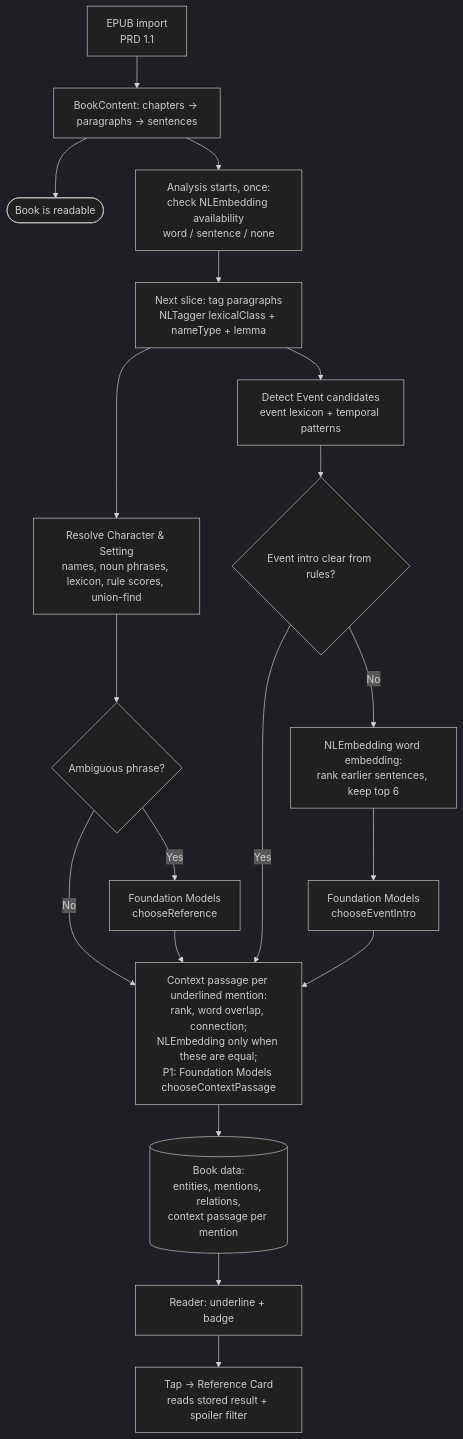
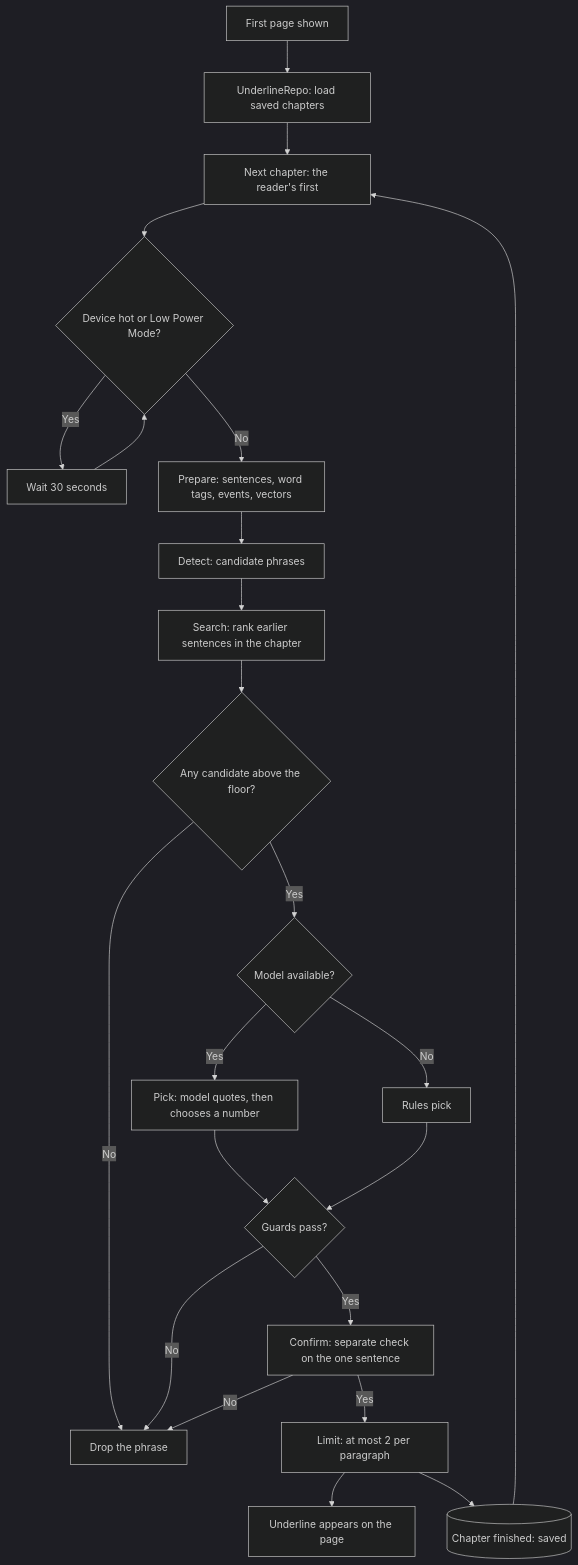
The second of 2 diagrams in 2.1-Reference-Passage-EN.md (AftrHours/PRD), drawn with Mermaid (dark theme) before and after one commit. The commit also changed other lines of this file and 6 other files, not shown here.

First line of the commit message:
Update PRD 0.0 to 2.1 to match the Underline-Engine app

````diff
--- a/2.1-Reference-Passage-EN.md
+++ b/2.1-Reference-Passage-EN.md
@@ -243,21 +229,24 @@
 ```mermaid
 flowchart TD
-  A[EPUB import<br/>PRD 1.1] --> B[BookContent: chapters → paragraphs → sentences]
-  B --> R([Book is readable])
-  B --> Z[Analysis starts, once:<br/>check NLEmbedding availability<br/>word / sentence / none]
-  Z --> C[Next slice: tag paragraphs<br/>NLTagger lexicalClass + nameType + lemma]
-  C --> D[Resolve Character & Setting<br/>names, noun phrases, lexicon, rule scores, union-find]
-  C --> EV[Detect Event candidates<br/>event lexicon + temporal patterns]
-  D --> X{Ambiguous phrase?}
-  EV --> Y{Event intro clear from rules?}
-  X -- No --> K
-  Y -- Yes --> K
-  X -- Yes --> G[Foundation Models<br/>chooseReference]
-  Y -- No --> EM[NLEmbedding word embedding:<br/>rank earlier sentences, keep top 6]
-  EM --> H[Foundation Models<br/>chooseEventIntro]
-  G --> K
-  H --> K
-  K[Context passage per underlined mention:<br/>rank, word overlap, connection;<br/>NLEmbedding only when these are equal;<br/>P1: Foundation Models chooseContextPassage] --> F[(Book data:<br/>entities, mentions, relations,<br/>context passage per mention)]
-  F --> I[Reader: underline + badge]
-  I --> J[Tap → Reference Card<br/>reads stored result + spoiler filter]
+  A[First page shown] --> B[UnderlineRepo: load saved chapters]
+  B --> C[Next chapter: the reader's first]
+  C --> T{Device hot or Low Power Mode?}
+  T -- Yes --> W[Wait 30 seconds] --> T
+  T -- No --> P[Prepare: sentences, word tags, events, vectors]
+  P --> D[Detect: candidate phrases]
+  D --> S[Search: rank earlier sentences in the chapter]
+  S --> H{Any candidate above the floor?}
+  H -- No --> X[Drop the phrase]
+  H -- Yes --> M{Model available?}
+  M -- Yes --> K[Pick: model quotes, then chooses a number]
+  M -- No --> R[Rules pick]
+  K --> G{Guards pass?}
+  R --> G
+  G -- No --> X
+  G -- Yes --> Q[Confirm: separate check on the one sentence]
+  Q -- No --> X
+  Q -- Yes --> L[Limit: at most 2 per paragraph]
+  L --> U[Underline appears on the page]
+  L --> V[(Chapter finished: saved)]
+  V --> C
 ```
````
